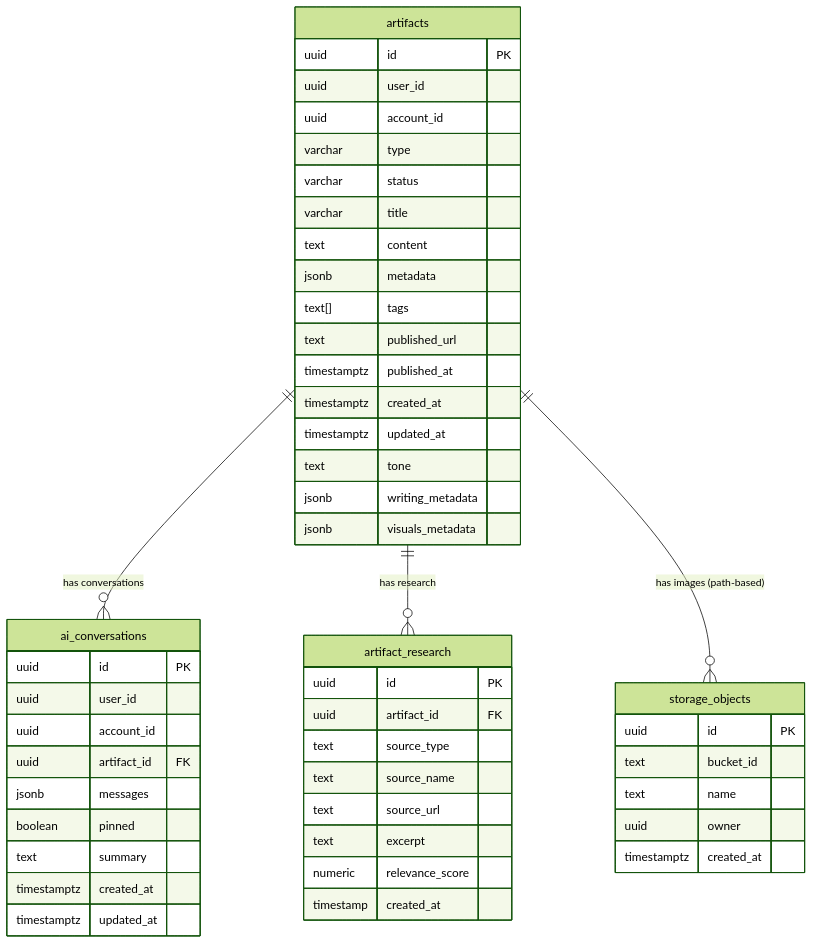
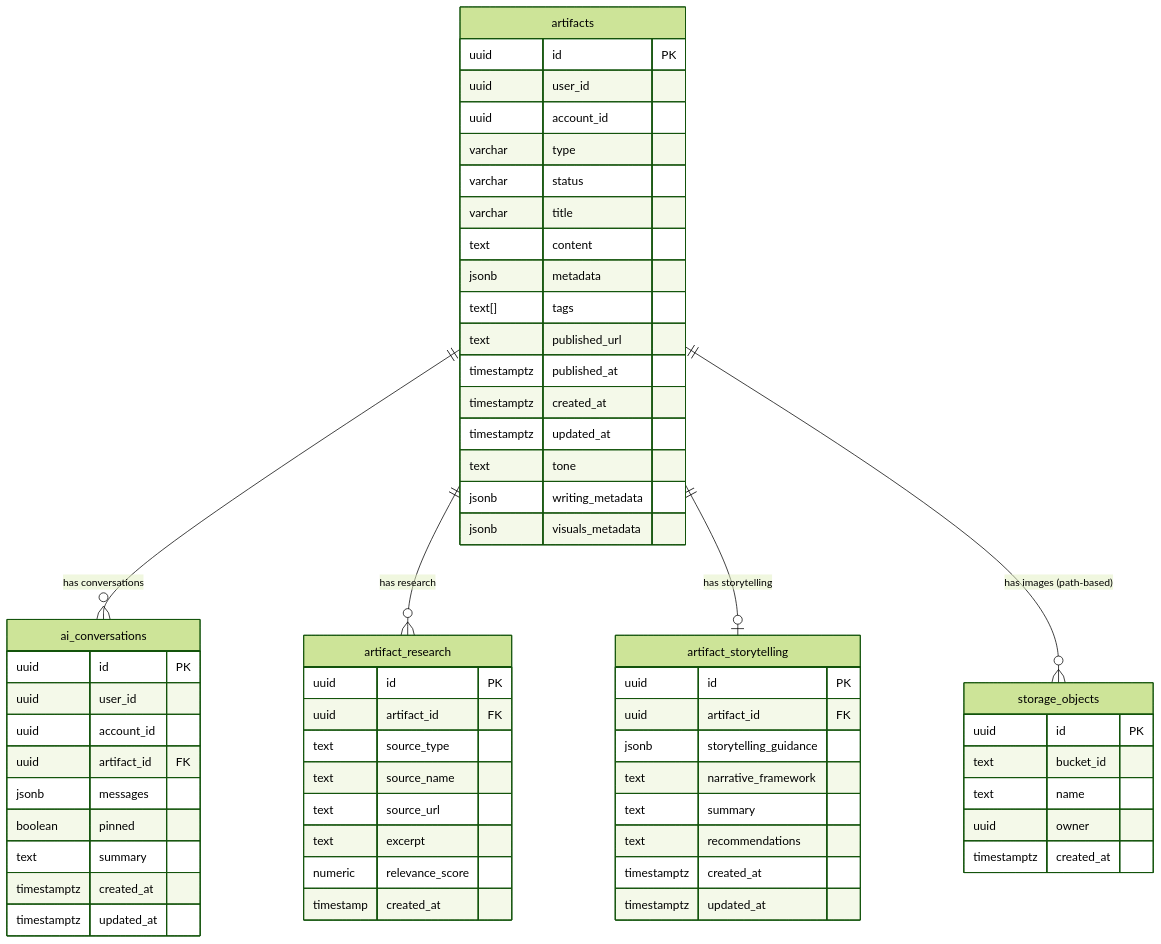
The first of 3 diagrams in docs/Architecture/database/artifact-data-relationships.md (kobiagi-builder/nextup), drawn with Mermaid (forest theme) before and after one commit. The commit also changed other lines of this file and 133 other files, not shown here.

````diff
--- a/docs/Architecture/database/artifact-data-relationships.md
+++ b/docs/Architecture/database/artifact-data-relationships.md
@@ -7,56 +7,68 @@
 ```mermaid
 erDiagram
     artifacts {
         uuid id PK
         uuid user_id
         uuid account_id
         varchar type
         varchar status
         varchar title
         text content
         jsonb metadata
         text[] tags
         text published_url
         timestamptz published_at
         timestamptz created_at
         timestamptz updated_at
         text tone
         jsonb writing_metadata
         jsonb visuals_metadata
     }
 
     ai_conversations {
         uuid id PK
         uuid user_id
         uuid account_id
         uuid artifact_id FK
         jsonb messages
         boolean pinned
         text summary
         timestamptz created_at
         timestamptz updated_at
     }
 
     artifact_research {
         uuid id PK
         uuid artifact_id FK
         text source_type
         text source_name
         text source_url
         text excerpt
         numeric relevance_score
         timestamp created_at
     }
 
     storage_objects {
         uuid id PK
         text bucket_id
         text name
         uuid owner
         timestamptz created_at
     }
 
+    artifact_storytelling {
+        uuid id PK
+        uuid artifact_id FK
+        jsonb storytelling_guidance
+        text narrative_framework
+        text summary
+        text recommendations
+        timestamptz created_at
+        timestamptz updated_at
+    }
+
     artifacts ||--o{ ai_conversations : "has conversations"
     artifacts ||--o{ artifact_research : "has research"
+    artifacts ||--o| artifact_storytelling : "has storytelling"
     artifacts ||--o{ storage_objects : "has images (path-based)"
 ```
````
